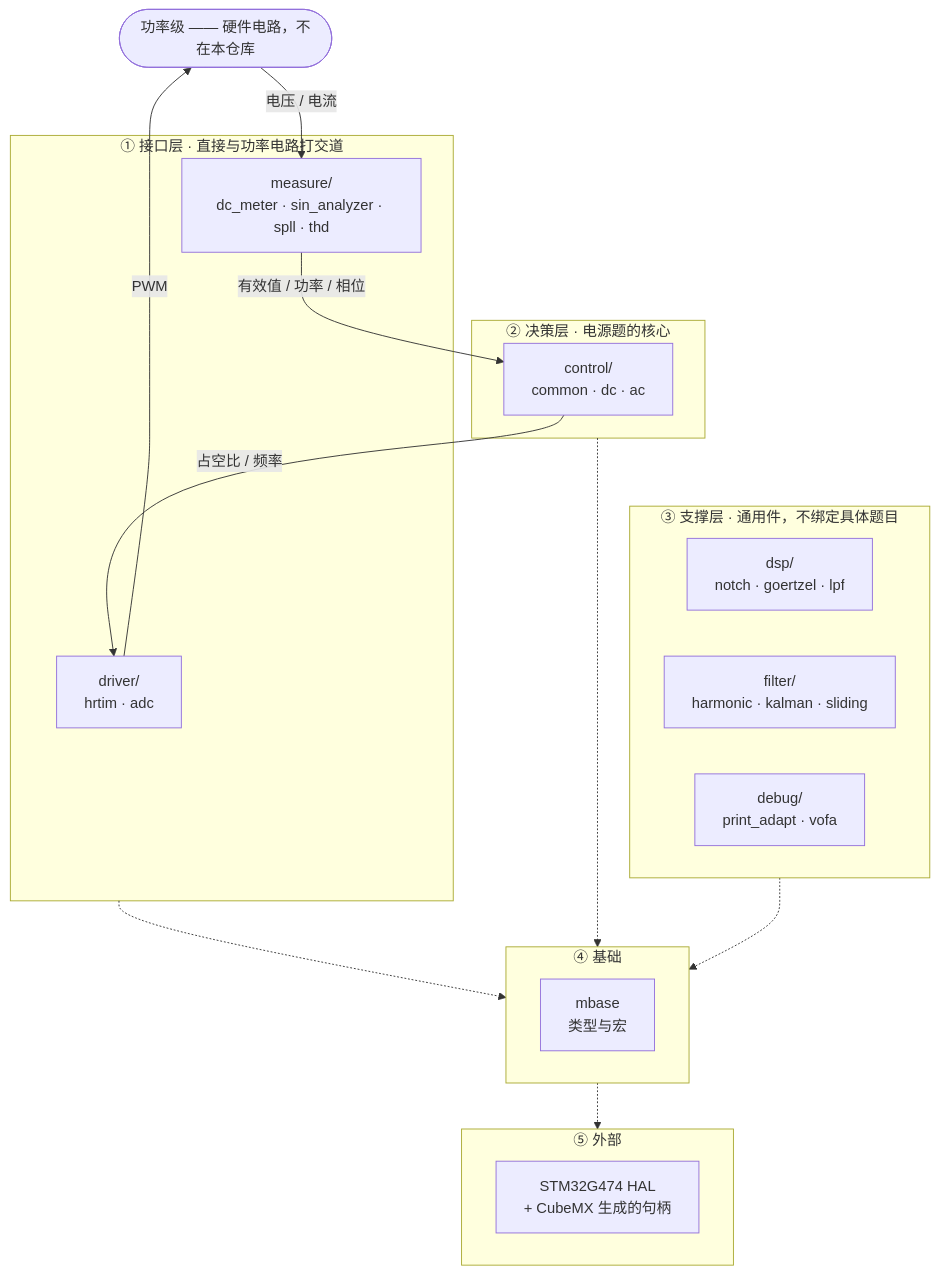
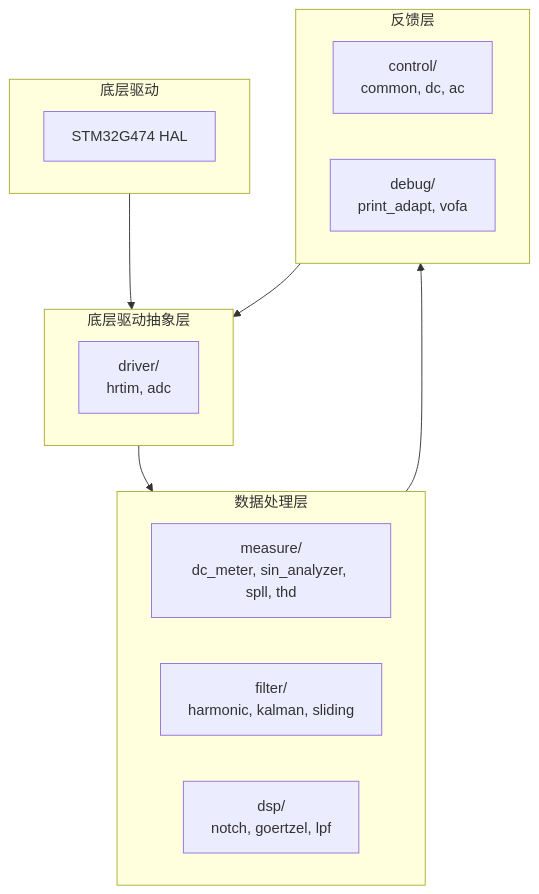
One commit to Gold-RsC/diansai_learning changed the diagram in README.md. Above: the diagram before and after it, drawn with Mermaid. The commit also changed other lines of this file, not shown here.

First line of the commit message:
docs: README 文字同步到你重画的分层图

````diff
--- a/README.md
+++ b/README.md
@@ -20,37 +21,26 @@
 ```mermaid
 flowchart TD
-    HW(["功率级 —— 硬件电路，不在本仓库"])
-
-    subgraph L1["① 接口层 · 直接与功率电路打交道"]
-        DRV["driver/<br/>hrtim · adc"]
-        MEA["measure/<br/>dc_meter · sin_analyzer · spll · thd"]
+    subgraph L0["底层驱动"]
+        HAL["STM32G474 HAL"]
     end
 
-    subgraph L2["② 决策层 · 电源题的核心"]
-        CTRL["control/<br/>common · dc · ac"]
+    subgraph L1["底层驱动抽象层"]
+        DRV["driver/<br/>hrtim, adc"]
     end
 
-    subgraph L3["③ 支撑层 · 通用件，不绑定具体题目"]
-        DSP["dsp/<br/>notch · goertzel · lpf"]
-        FIL["filter/<br/>harmonic · kalman · sliding"]
-        DBG["debug/<br/>print_adapt · vofa"]
+    subgraph L2["数据处理层"]
+        MEA["measure/<br/>dc_meter, sin_analyzer, spll, thd"]
+        FIL["filter/<br/>harmonic, kalman, sliding"]
+        DSP["dsp/<br/>notch, goertzel, lpf"]
     end
 
-    subgraph L4["④ 基础"]
-        MB["mbase<br/>类型与宏"]
+    subgraph L3["反馈层"]
+        CTRL["control/<br/>common, dc, ac"]
+        DBG["debug/<br/>print_adapt, vofa"]
     end
 
-    subgraph L5["⑤ 外部"]
-        HAL["STM32G474 HAL<br/>+ CubeMX 生成的句柄"]
-    end
-
-    HW -->|电压 / 电流| MEA
-    MEA -->|有效值 / 功率 / 相位| CTRL
-    CTRL -->|占空比 / 频率| DRV
-    DRV -->|PWM| HW
-
-    L1 -.-> L4
-    L2 -.-> L4
-    L3 -.-> L4
-    L4 -.-> L5
+    L0 --> L1
+    L1 --> L2
+    L2 --> L3
+    L3 --> L1
 ```
````
